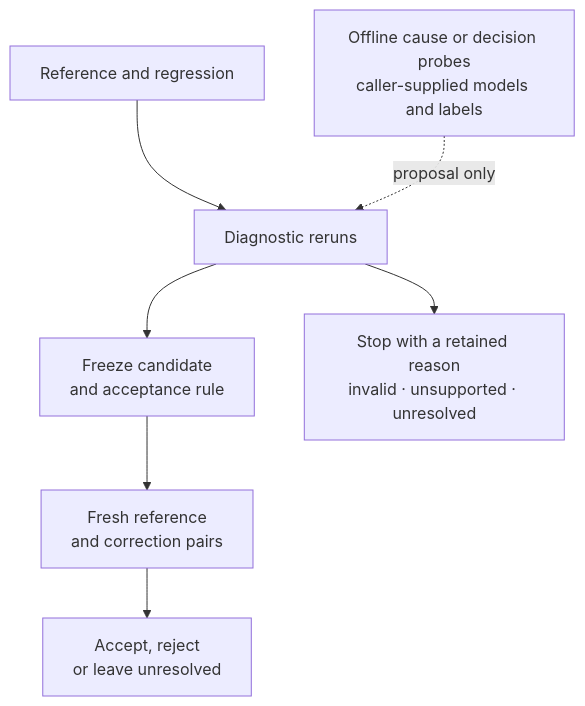
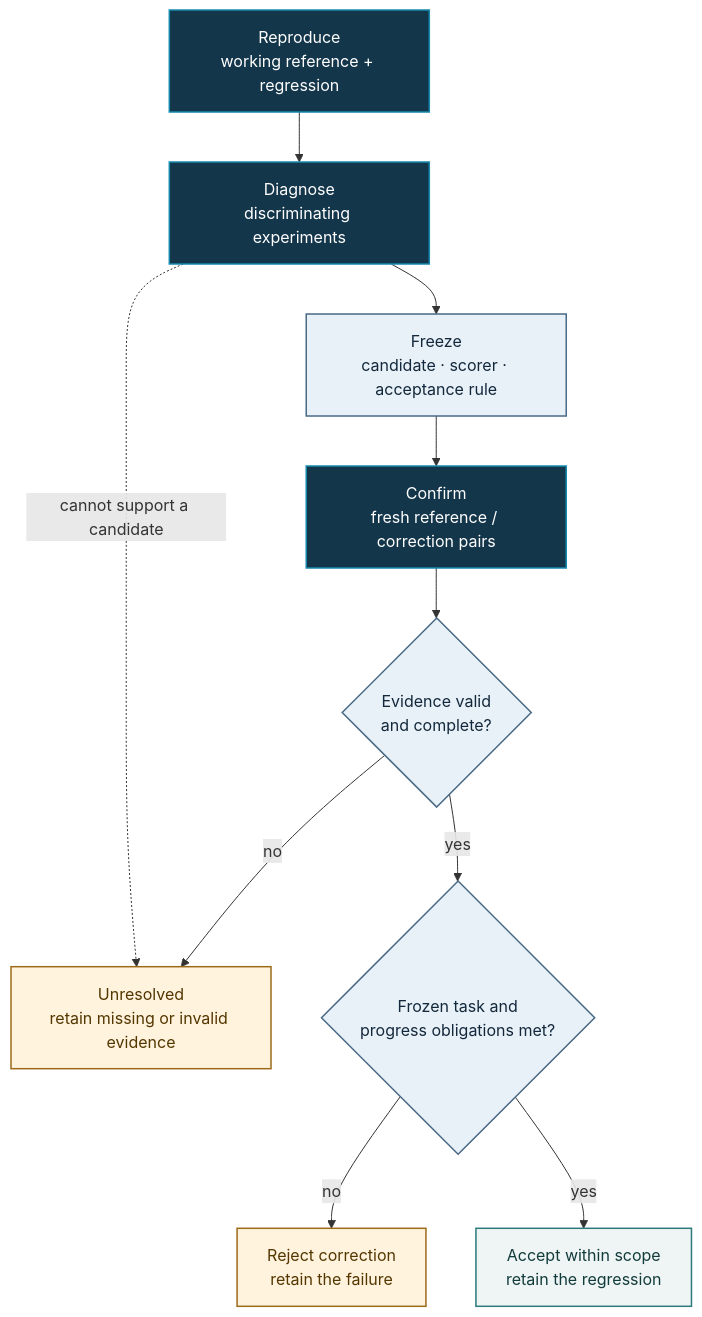
The fourth of 4 diagrams in README.md (manfromnowhere143/nisayon), drawn with Mermaid before and after one commit. The commit also changed other lines of this file and 49 other files, not shown here.

Commit message:
Document change qualification, retained contributions and current evidence

````diff
--- a/README.md
+++ b/README.md
@@ -357,11 +438,19 @@
 ```mermaid
 flowchart TB
-    accTitle: Nisayon's implemented experiment path
-    accDescr: Reproduce the reference and regression, execute diagnostic reruns, freeze a candidate and its rule, then confirm on fresh conditions. The separate offline probe tool can inform a proposal but is not integrated with execution or acceptance. Diagnostic gaps stop the path. Every outcome is retained.
-    R["Reference and regression"] --> D["Diagnostic reruns"]
-    P["Offline cause or decision probes<br/>caller-supplied models and labels"] -. "proposal only" .-> D
-    D --> F["Freeze candidate<br/>and acceptance rule"]
-    D --> U["Stop with a retained reason<br/>invalid · unsupported · unresolved"]
-    F --> C["Fresh reference<br/>and correction pairs"]
-    C --> V["Accept, reject<br/>or leave unresolved"]
+    accTitle: A correction earns acceptance through fresh confirmation
+    accDescr: Reproduce the reference and regression, use diagnostic experiments to choose a correction, and freeze the candidate, scorer and acceptance rule. Fresh paired execution must supply valid evidence and task progress. Missing or invalid evidence remains unresolved, a failed obligation rejects the correction, and only a satisfied frozen contract supports scoped acceptance. Every path retains its outcome and cost.
+    R["Reproduce<br/>working reference + regression"]:::execution
+    R --> D["Diagnose<br/>discriminating experiments"]:::execution
+    D --> F["Freeze<br/>candidate · scorer · acceptance rule"]:::contract
+    F --> C["Confirm<br/>fresh reference / correction pairs"]:::execution
+    C --> V{"Evidence valid<br/>and complete?"}:::contract
+    V -- "no" --> U["Unresolved<br/>retain missing or invalid evidence"]:::gate
+    V -- "yes" --> T{"Frozen task and<br/>progress obligations met?"}:::contract
+    T -- "no" --> J["Reject correction<br/>retain the failure"]:::gate
+    T -- "yes" --> A["Accept within scope<br/>retain the regression"]:::record
+    D -. "cannot support a candidate" .-> U
+    classDef contract fill:#e8f1f8,stroke:#496985,color:#13283b,stroke-width:1.5px
+    classDef execution fill:#14364b,stroke:#168aad,color:#ffffff,stroke-width:1.5px
+    classDef record fill:#eef5f4,stroke:#2c7a7b,color:#123b3c,stroke-width:1.5px
+    classDef gate fill:#fff3dd,stroke:#9c6a19,color:#533600,stroke-width:1.5px
 ```
````
